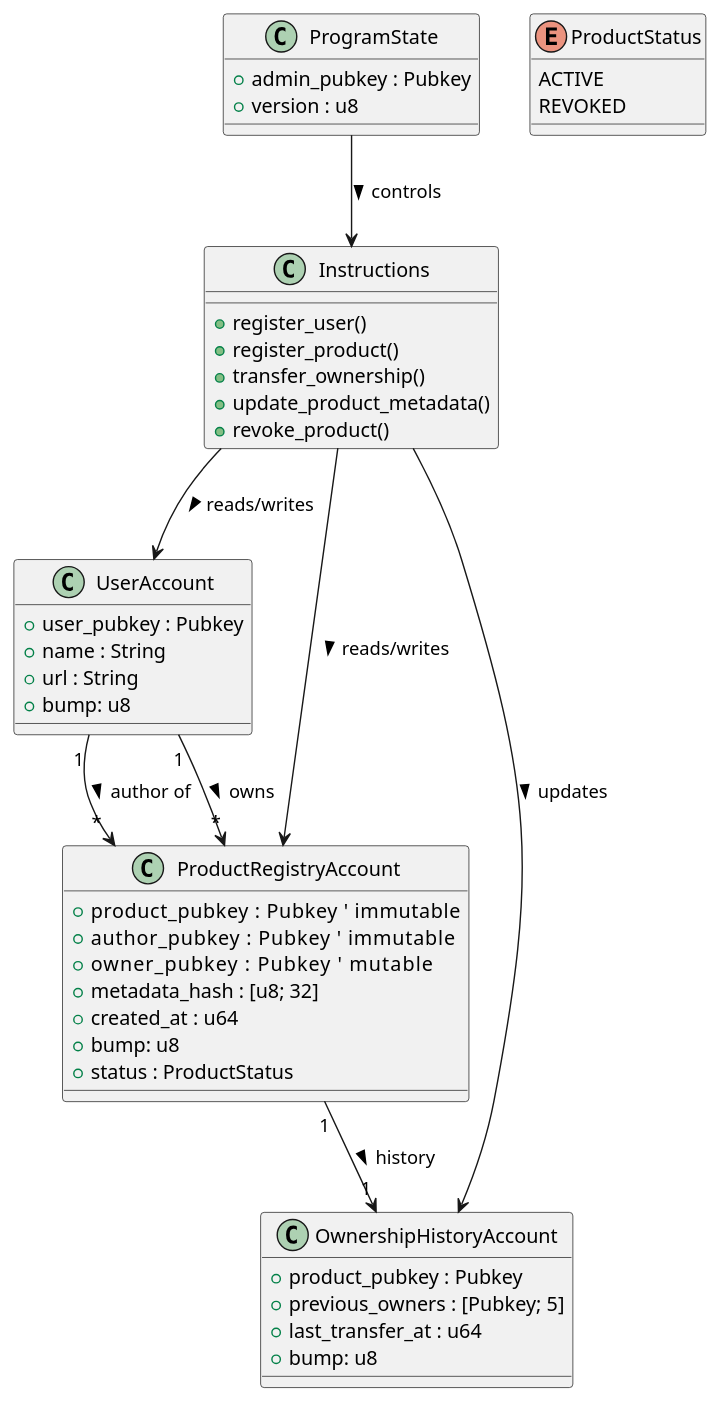
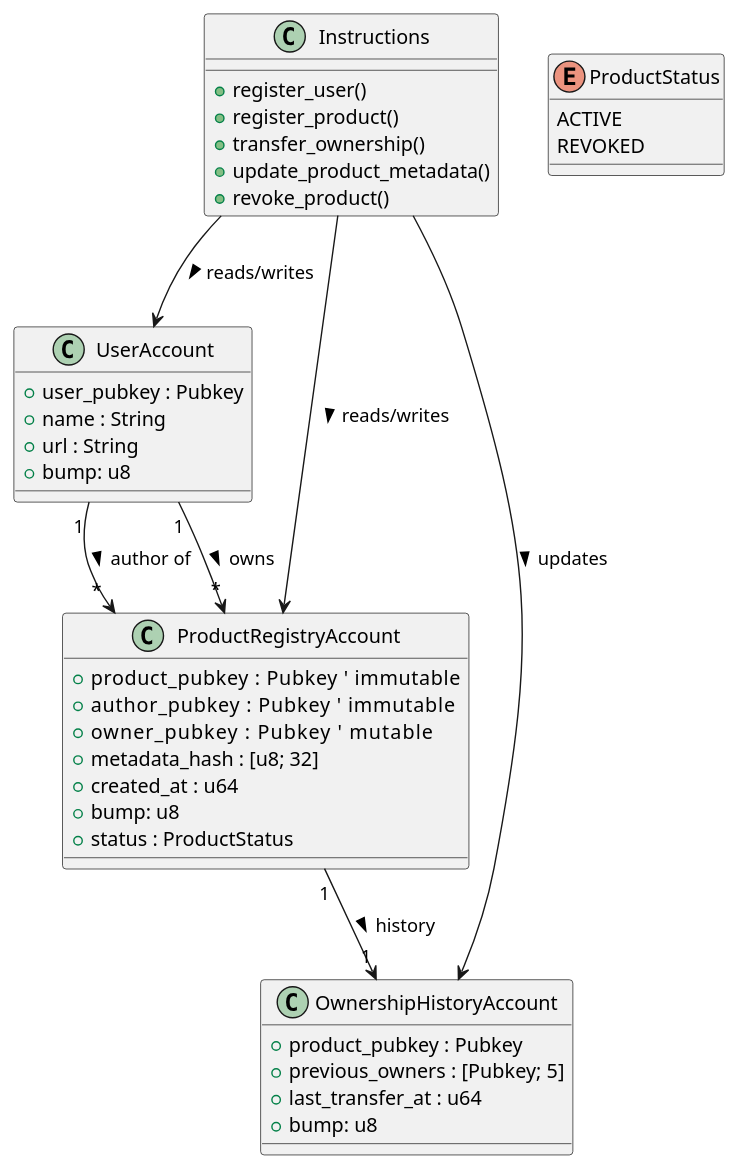
One commit to abdotharwat1024/tagme changed the diagram in docs/class diagram/Solana On-Chain Program.puml. Above: the diagram before and after it, drawn with PlantUML. The commit also changed 7 other files, not shown here.

```diff
--- a/docs/class diagram/Solana On-Chain Program.puml
+++ b/docs/class diagram/Solana On-Chain Program.puml
@@ -1,66 +1,60 @@
 @startuml Solana On-Chain Program - Class Diagram
 
 ' ---------------------------
 ' Core Accounts / Structures
 ' ---------------------------
 class UserAccount {
     + user_pubkey : Pubkey
     + name : String
     + url : String
     + bump: u8
 }
 
 class ProductRegistryAccount {
     + product_pubkey : Pubkey     ' immutable
     + author_pubkey : Pubkey      ' immutable
     + owner_pubkey : Pubkey       ' mutable
     + metadata_hash : [u8; 32]
     + created_at : u64
     + bump: u8
     + status : ProductStatus
 }
 
 enum ProductStatus {
     ACTIVE
     REVOKED
 }
 
-class ProgramState {
-    + admin_pubkey : Pubkey
-    + version : u8
-}
-
 class OwnershipHistoryAccount {
     + product_pubkey : Pubkey
     + previous_owners : [Pubkey; 5]
     + last_transfer_at : u64
     + bump: u8
 }
 
 ' ---------------------------
 ' Instructions (Methods)
 ' ---------------------------
 
 class Instructions {
     + register_user()
     + register_product()
     + transfer_ownership()
     + update_product_metadata()
     + revoke_product()
 }
 
 ' ---------------------------
 ' Relationships
 ' ---------------------------
 
 UserAccount "1" --> "*" ProductRegistryAccount : author of >
 UserAccount "1" --> "*" ProductRegistryAccount : owns >
-ProgramState --> Instructions : controls >
 Instructions --> UserAccount : reads/writes >
 Instructions --> ProductRegistryAccount : reads/writes >
 Instructions --> OwnershipHistoryAccount : updates >
 ProductRegistryAccount "1" --> "1" OwnershipHistoryAccount : history >
 
 
 
 @enduml
```
